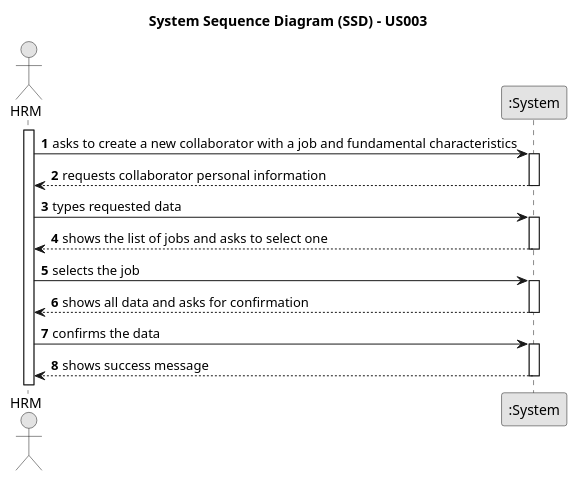
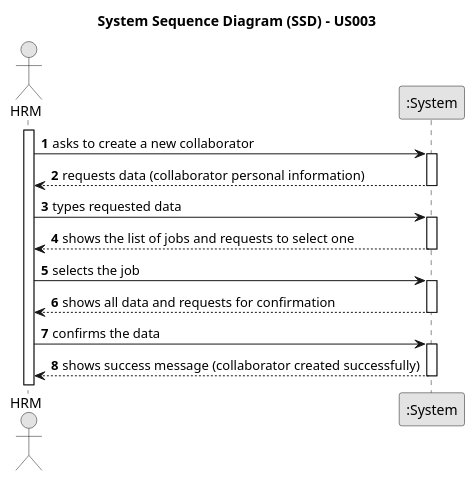
The diagram in docs/sprintB/us003/01.requirements-engineering/puml/us003-system-sequence-diagram-alternative-one.puml (ricardomm7/leaflink), drawn with PlantUML before and after one commit. The commit also changed 20 other files, not shown here.

```diff
--- a/docs/sprintB/us003/01.requirements-engineering/puml/us003-system-sequence-diagram-alternative-one.puml
+++ b/docs/sprintB/us003/01.requirements-engineering/puml/us003-system-sequence-diagram-alternative-one.puml
@@ -1,39 +1,39 @@
 @startuml
 skinparam monochrome true
 skinparam packageStyle rectangle
 skinparam shadowing false
 
 title System Sequence Diagram (SSD) - US003
 
 autonumber
 
 actor "HRM" as HRM
 participant ":System" as System
 
 activate HRM
 
-    HRM -> System : asks to create a new collaborator with a job and fundamental characteristics
+    HRM -> System : asks to create a new collaborator
     activate System
 
-        System --> HRM : requests collaborator personal information
+        System --> HRM : requests data (collaborator personal information)
     deactivate System
 
     HRM -> System : types requested data
 
     activate System
 
-        System --> HRM : shows the list of jobs and asks to select one
+        System --> HRM : shows the list of jobs and requests to select one
     deactivate System
 
     HRM -> System : selects the job
     activate System
 
-        System --> HRM : shows all data and asks for confirmation
+        System --> HRM : shows all data and requests for confirmation
     deactivate System
 
     HRM -> System : confirms the data
     activate System
 
-        System --> HRM : shows success message
+        System --> HRM : shows success message (collaborator created successfully)
     deactivate System
 @enduml
```
